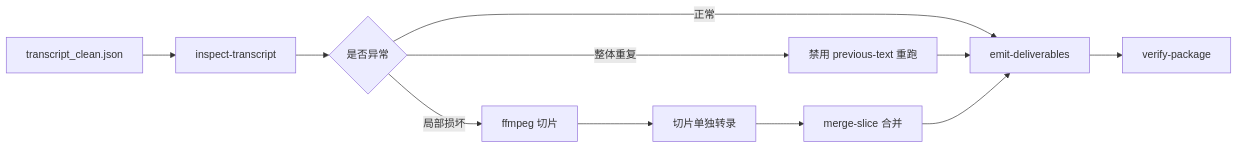
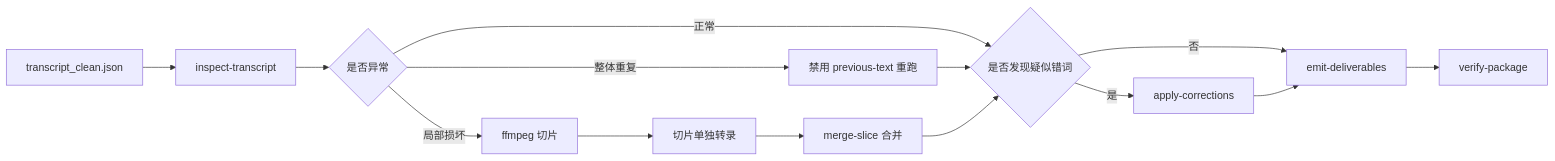
One commit to ambition0802/audio-transcription-skill changed the third of 3 diagrams in README.md. Above: the diagram before and after it, drawn with Mermaid. The commit also changed other lines of this file, not shown here.

````diff
--- a/README.md
+++ b/README.md
@@ -412,13 +468,16 @@
 ```mermaid
 flowchart LR
   A["transcript_clean.json"] --> B["inspect-transcript"]
   B --> C{"是否异常"}
-  C -->|"正常"| D["emit-deliverables"]
+  C -->|"正常"| D{"是否发现疑似错词"}
   C -->|"整体重复"| E["禁用 previous-text 重跑"]
   C -->|"局部损坏"| F["ffmpeg 切片"]
   F --> G["切片单独转录"]
   G --> H["merge-slice 合并"]
   E --> D
   H --> D
-  D --> I["verify-package"]
+  D -->|"是"| I["apply-corrections"]
+  D -->|"否"| J["emit-deliverables"]
+  I --> J
+  J --> K["verify-package"]
 ```
````
